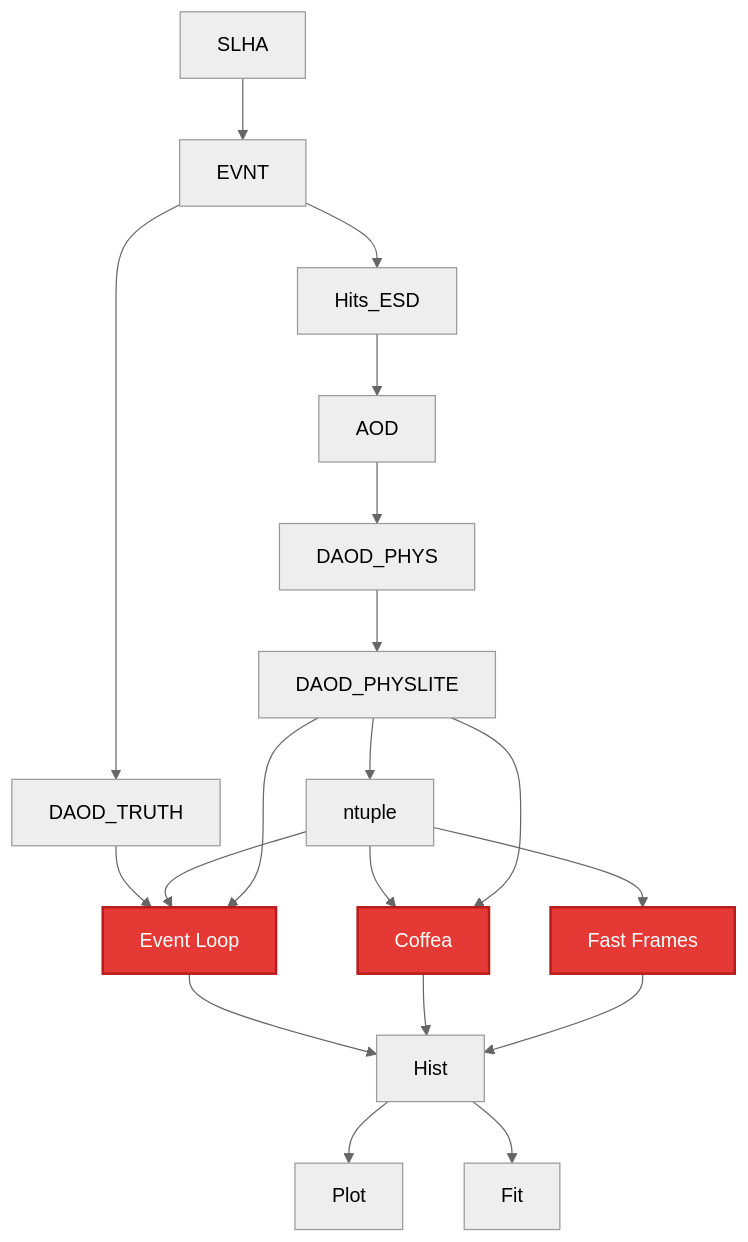
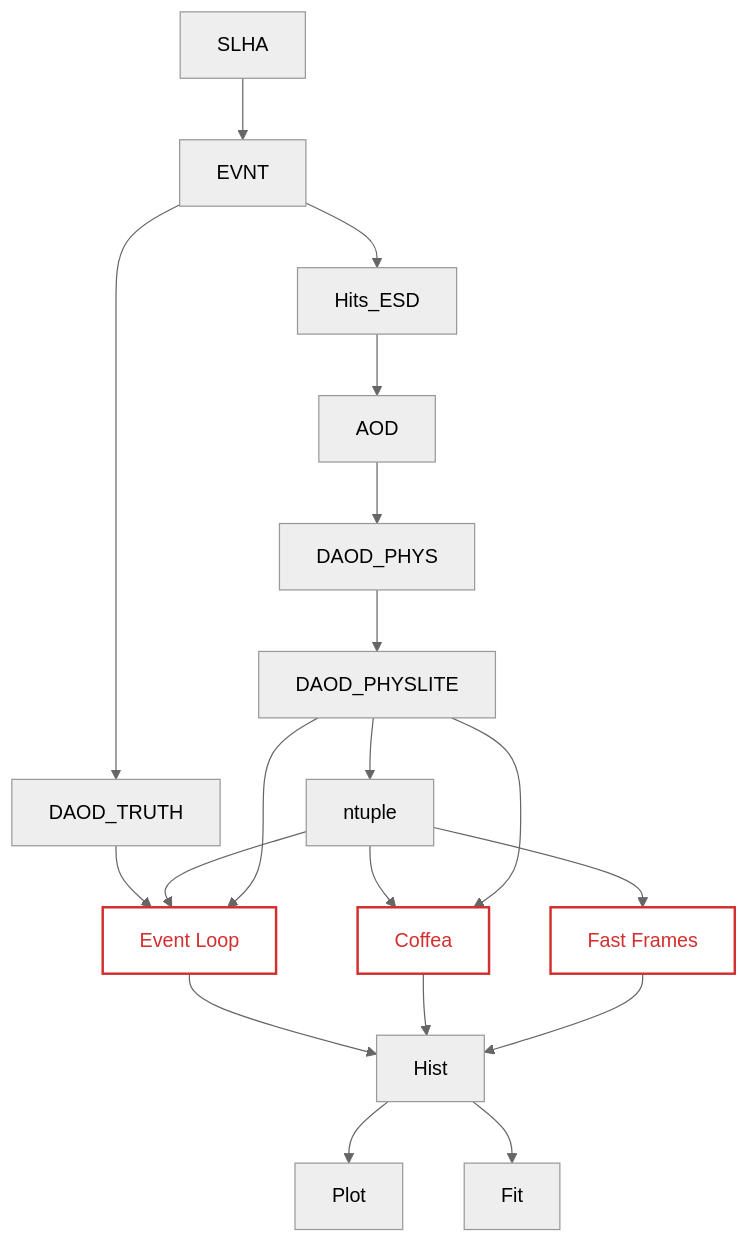
Before and after one commit to usatlas/AF-Benchmarking: the diagram in docs/flowChart.md, drawn with Mermaid (neutral theme).

````diff
--- a/docs/flowChart.md
+++ b/docs/flowChart.md
@@ -1,36 +1,36 @@
 ```mermaid
 flowchart TD
     SLHA --> EVNT
     EVNT --> DAOD_TRUTH
     DAOD_TRUTH --> Event_Loop
     Event_Loop --> Hist
 
     EVNT--> Hits_ESD
     Hits_ESD --> AOD
     AOD --> DAOD_PHYS
     DAOD_PHYS --> DAOD_PHYSLITE
 
     ntuple --> Coffea
     Coffea --> Hist
 
     ntuple --> Fast_Frames
     Fast_Frames --> Hist
 
     ntuple --> Event_Loop
     DAOD_PHYSLITE --> Coffea
     DAOD_PHYSLITE --> ntuple
     DAOD_PHYSLITE --> Event_Loop
 
     Hist --> Plot
     Hist --> Fit
 
     click Event_Loop "https://github.com/usatlas/AF-Benchmarking/tree/main/event_loop" "Event Loop documentation"
     click Coffea "https://github.com/usatlas/AF-Benchmarking/tree/main/NTuple_Hist/coffea" "Coffea documentation"
     click Fast_Frames "https://github.com/usatlas/AF-Benchmarking/tree/main/NTuple_Hist/fastframes" "Fast Frames documentation"
 
     Event_Loop["Event Loop"]
     Fast_Frames["Fast Frames"]
-
-    classDef method fill:#e53935,stroke:#b71c1c,stroke-width:2px,color:white;
+    
+    classDef method fill:transparent,stroke:#d32f2f,stroke-width:2px,color:#d32f2f;
     class Event_Loop,Coffea,Fast_Frames method;
 ```
````
